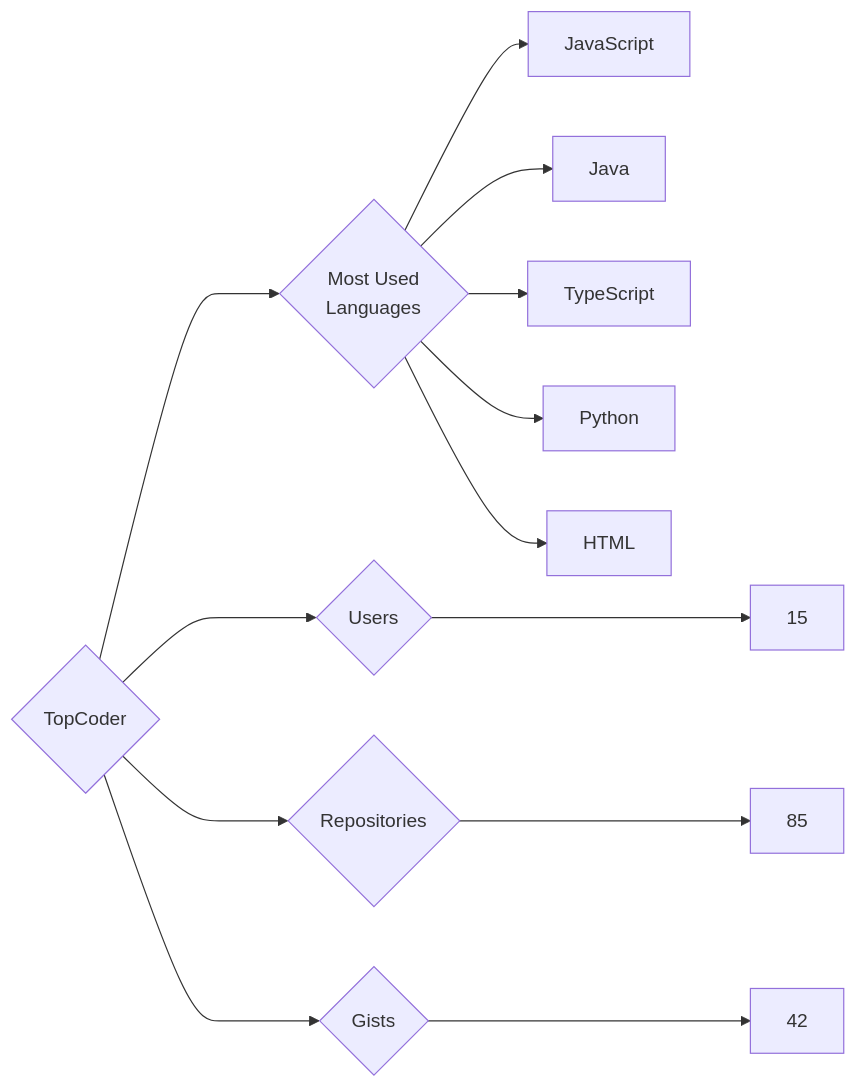
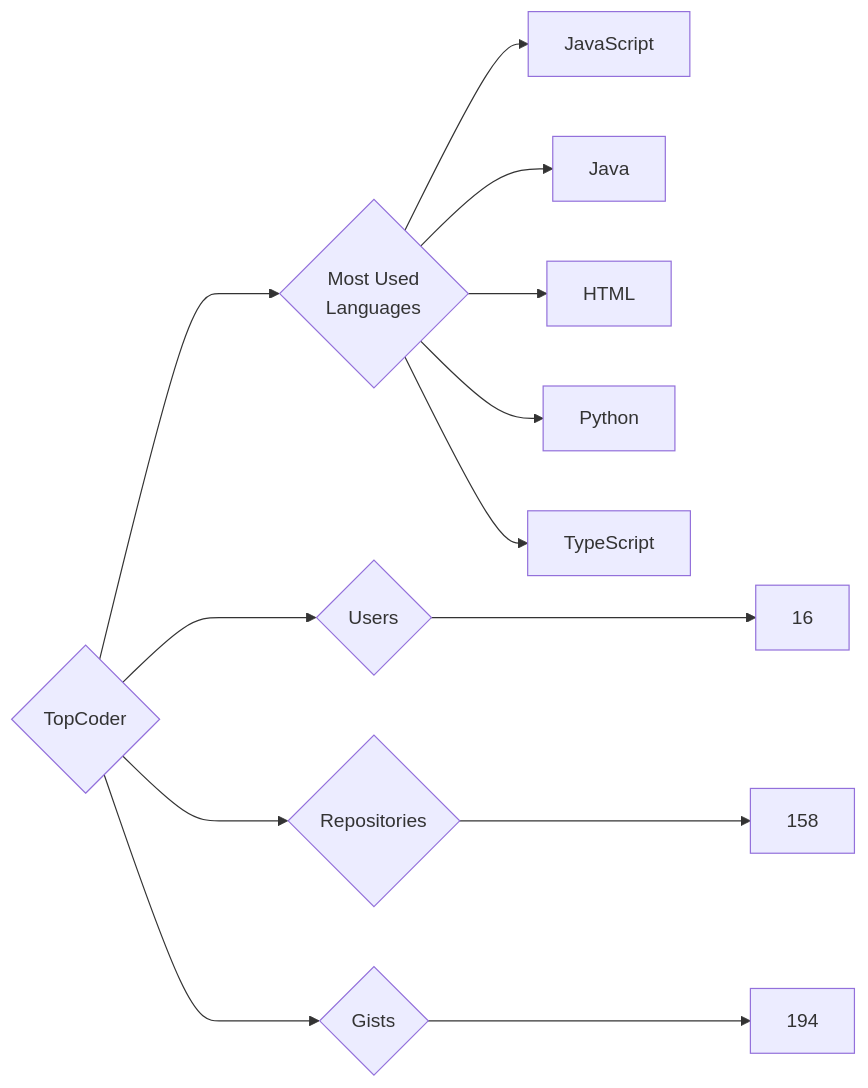
One commit to trickest/insiders changed the diagram in targets/TopCoder/README.md. Above: the diagram before and after it, drawn with Mermaid. The commit also changed 829 other files, not shown here.

````diff
--- a/targets/TopCoder/README.md
+++ b/targets/TopCoder/README.md
@@ -3,13 +3,13 @@
 ```mermaid
 graph LR
 COMPANY_NAME{TopCoder}
-COMPANY_NAME ---> U{Users} ---> UN[15]
-COMPANY_NAME ---> R{Repositories} ---> RN[85]
-COMPANY_NAME ---> G{Gists} ---> GN[42]
+COMPANY_NAME ---> U{Users} ---> UN[16]
+COMPANY_NAME ---> R{Repositories} ---> RN[158]
+COMPANY_NAME ---> G{Gists} ---> GN[194]
 COMPANY_NAME ---> ML{Most Used<br>Languages}
 ML --> JavaScript[JavaScript]
 ML --> Java[Java]
+ML --> HTML[HTML]
+ML --> Python[Python]
 ML --> TypeScript[TypeScript]
-ML --> Python[Python]
-ML --> HTML[HTML]
 ```
````
